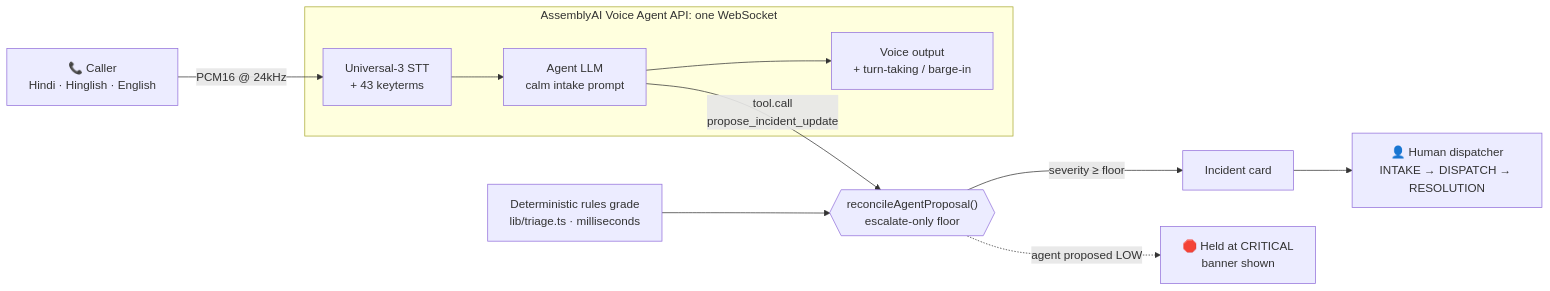
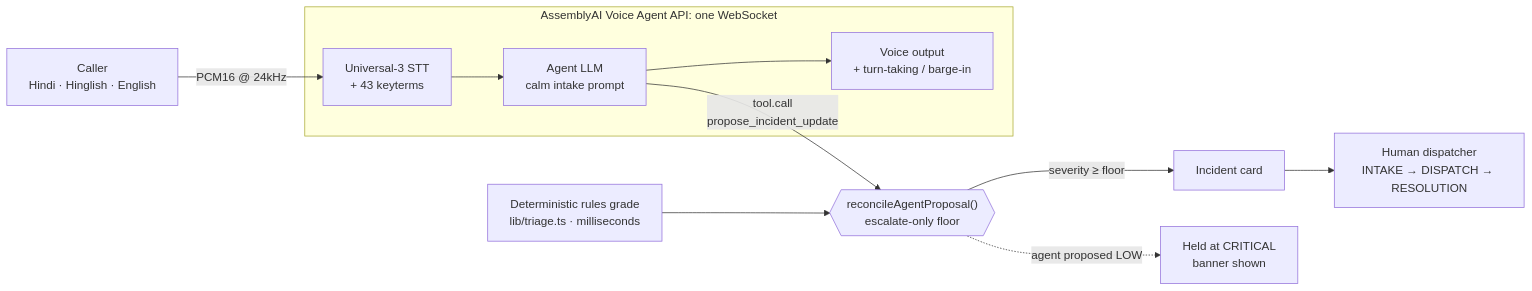
One commit to areycruzer/kwik112-assemblyai changed the diagram in README.md. Above: the diagram before and after it, drawn with Mermaid. The commit also changed other lines of this file and 1 other file, not shown here.

````diff
--- a/README.md
+++ b/README.md
@@ -66,13 +66,13 @@
 ```mermaid
 flowchart LR
-    A["📞 Caller<br/>Hindi · Hinglish · English"] -->|"PCM16 @ 24kHz"| B
+    A["Caller<br/>Hindi · Hinglish · English"] -->|"PCM16 @ 24kHz"| B
     subgraph AAI["AssemblyAI Voice Agent API: one WebSocket"]
       B["Universal-3 STT<br/>+ 43 keyterms"] --> C["Agent LLM<br/>calm intake prompt"]
       C --> D["Voice output<br/>+ turn-taking / barge-in"]
     end
     C -->|"tool.call<br/>propose_incident_update"| E{{"reconcileAgentProposal()<br/>escalate-only floor"}}
     F["Deterministic rules grade<br/>lib/triage.ts · milliseconds"] --> E
     E -->|"severity ≥ floor"| G["Incident card"]
-    E -.->|"agent proposed LOW"| H["🛑 Held at CRITICAL<br/>banner shown"]
-    G --> I["👤 Human dispatcher<br/>INTAKE → DISPATCH → RESOLUTION"]
+    E -.->|"agent proposed LOW"| H["Held at CRITICAL<br/>banner shown"]
+    G --> I["Human dispatcher<br/>INTAKE → DISPATCH → RESOLUTION"]
 ```
````
